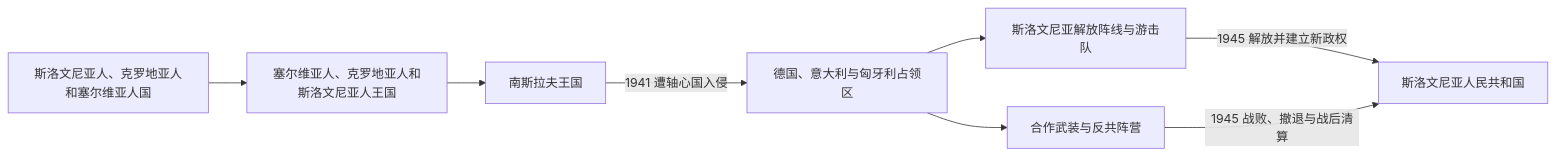
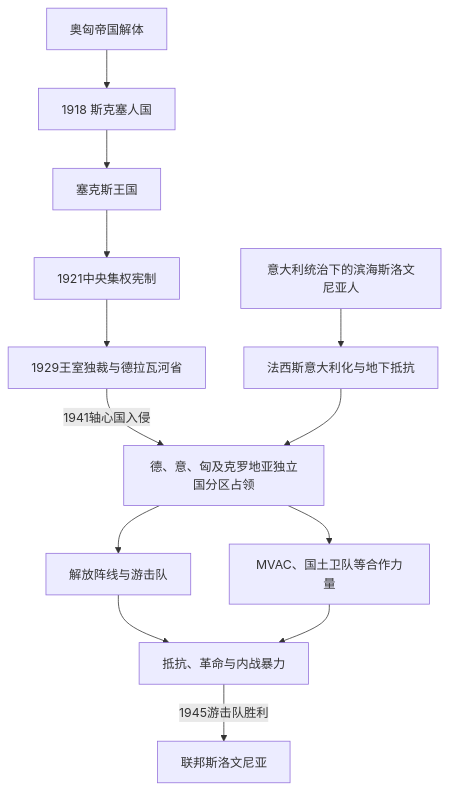
One commit to tianlan-dev/learning-notes changed the diagram in 人文科学/历史/欧洲/东南欧与巴尔干/斯洛文尼亚/王国时期与第二次世界大战.md. Above: the diagram before and after it, drawn with Mermaid. The commit also changed other lines of this file and 1417 other files, not shown here.

````diff
--- a/人文科学/历史/欧洲/东南欧与巴尔干/斯洛文尼亚/王国时期与第二次世界大战.md
+++ b/人文科学/历史/欧洲/东南欧与巴尔干/斯洛文尼亚/王国时期与第二次世界大战.md
@@ -15,10 +19,15 @@
 ```mermaid
-flowchart LR
-    StateSHS["斯洛文尼亚人、克罗地亚人和塞尔维亚人国"] --> KingdomSHS["塞尔维亚人、克罗地亚人和斯洛文尼亚人王国"]
-    KingdomSHS --> Yug["南斯拉夫王国"]
-    Yug -->|"1941 遭轴心国入侵"| Occupiers["德国、意大利与匈牙利占领区"]
-    Occupiers --> Resistance["斯洛文尼亚解放阵线与游击队"]
-    Occupiers --> Collaboration["合作武装与反共阵营"]
-    Resistance -->|"1945 解放并建立新政权"| Socialist["斯洛文尼亚人民共和国"]
-    Collaboration -->|"1945 战败、撤退与战后清算"| Socialist
+flowchart TD
+    AustriaHungary["奥匈帝国解体"] --> StateSHS["1918 斯克塞人国"]
+    StateSHS --> Kingdom["塞克斯王国"]
+    Kingdom --> Central["1921中央集权宪制"]
+    Central --> Dictatorship["1929王室独裁与德拉瓦河省"]
+    Italy["意大利统治下的滨海斯洛文尼亚人"] --> Italianization["法西斯意大利化与地下抵抗"]
+    Dictatorship -->|1941轴心国入侵| Partition["德、意、匈及克罗地亚独立国分区占领"]
+    Italianization --> Partition
+    Partition --> OF["解放阵线与游击队"]
+    Partition --> Collaboration["MVAC、国土卫队等合作力量"]
+    OF --> CivilWar["抵抗、革命与内战暴力"]
+    Collaboration --> CivilWar
+    CivilWar -->|1945游击队胜利| Federal["联邦斯洛文尼亚"]
 ```
````
